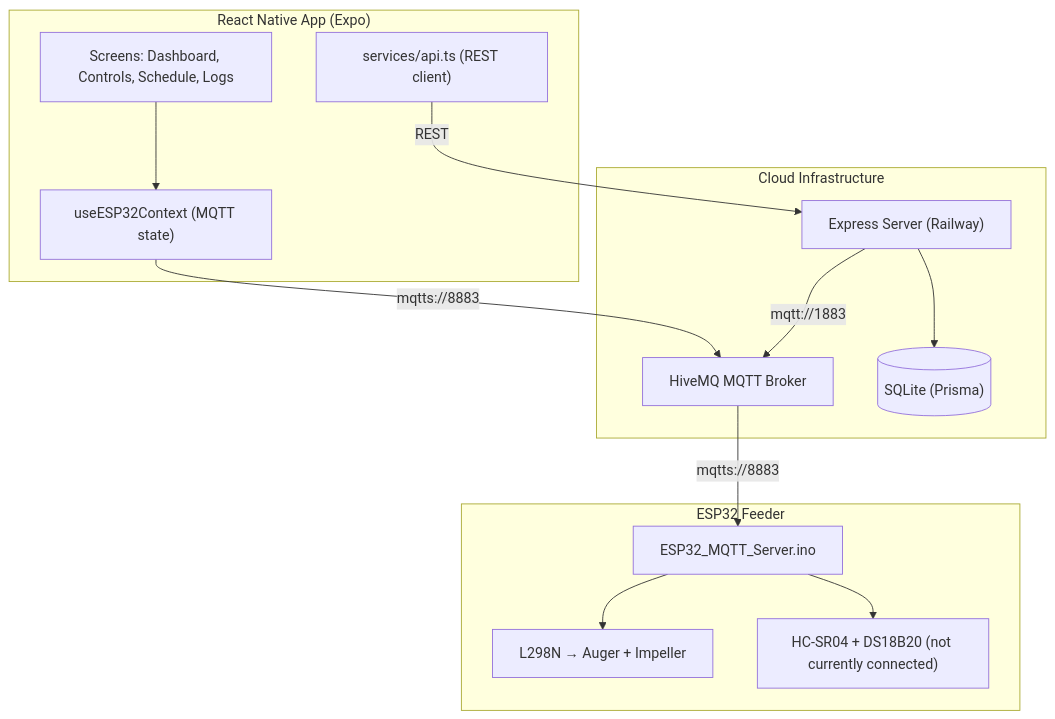
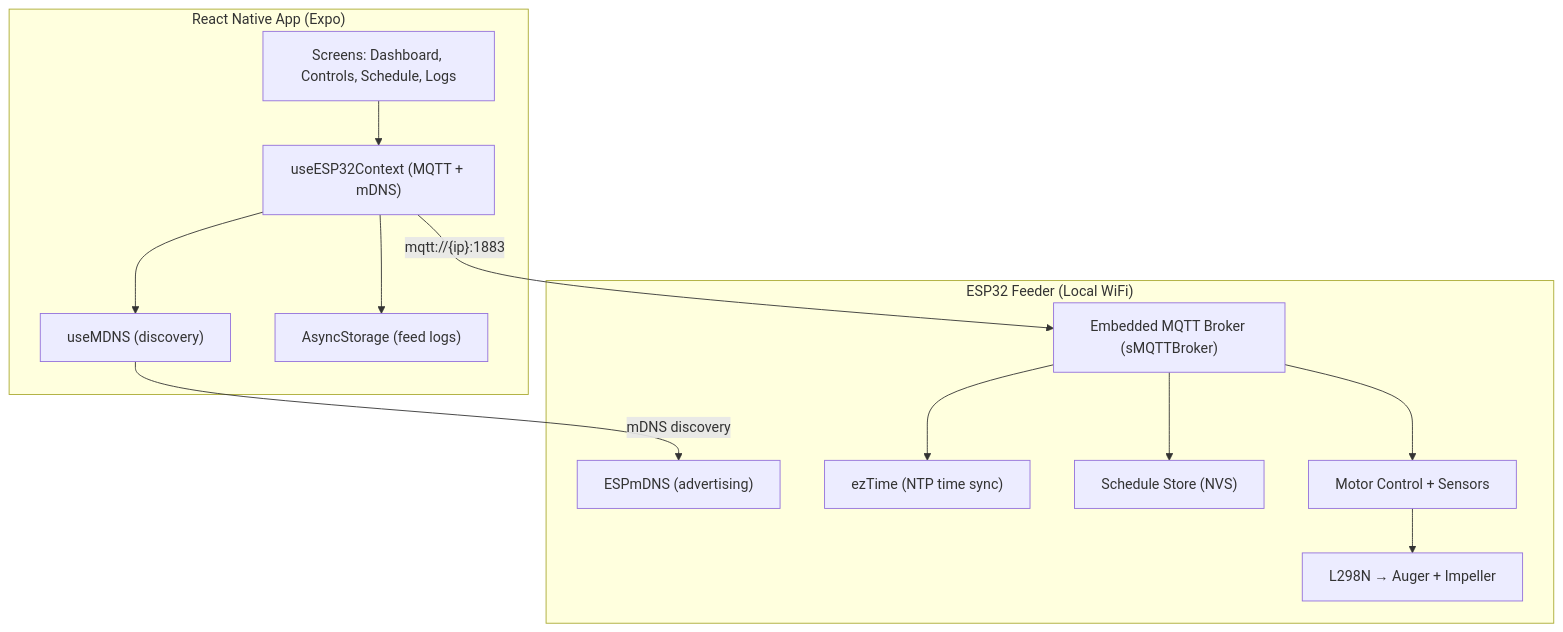
One commit to Jezerwel/floyd-app changed the diagram in codebase.md. Above: the diagram before and after it, drawn with Mermaid. The commit also changed other lines of this file and 1 other file, not shown here.

First line of the commit message:
docs: update codebase.md and README for local WiFi architecture

````diff
--- a/codebase.md
+++ b/codebase.md
@@ -9,26 +9,26 @@
 ```mermaid
 graph TB
     subgraph App["React Native App (Expo)"]
         UI["Screens: Dashboard, Controls, Schedule, Logs"]
-        CTX["useESP32Context (MQTT state)"]
-        API["services/api.ts (REST client)"]
+        CTX["useESP32Context (MQTT + mDNS)"]
+        MDNS["useMDNS (discovery)"]
+        AS["AsyncStorage (feed logs)"]
     end
-    subgraph Cloud["Cloud Infrastructure"]
-        HIVEMQ["HiveMQ MQTT Broker"]
-        SRV["Express Server (Railway)"]
-        DB[("SQLite (Prisma)")]
-    end
-    subgraph HW["ESP32 Feeder"]
-        FW["ESP32_MQTT_Server.ino"]
+    subgraph HW["ESP32 Feeder (Local WiFi)"]
+        BROKER["Embedded MQTT Broker (sMQTTBroker)"]
+        MDNS2["ESPmDNS (advertising)"]
+        NTP["ezTime (NTP time sync)"]
+        SCHED["Schedule Store (NVS)"]
+        FW["Motor Control + Sensors"]
         L298N["L298N → Auger + Impeller"]
-        SENSORS["HC-SR04 + DS18B20 (not currently connected)"]
     end
     UI --> CTX
-    CTX -- mqtts://8883 --> HIVEMQ
-    API -- REST --> SRV
-    SRV -- mqtt://1883 --> HIVEMQ
-    SRV --> DB
-    HIVEMQ -- mqtts://8883 --> FW
+    CTX --> MDNS
+    MDNS -- mDNS discovery --> MDNS2
+    CTX -- mqtt://{ip}:1883 --> BROKER
+    CTX --> AS
+    BROKER --> FW
     FW --> L298N
-    FW --> SENSORS
+    BROKER --> SCHED
+    BROKER --> NTP
 ```
````
